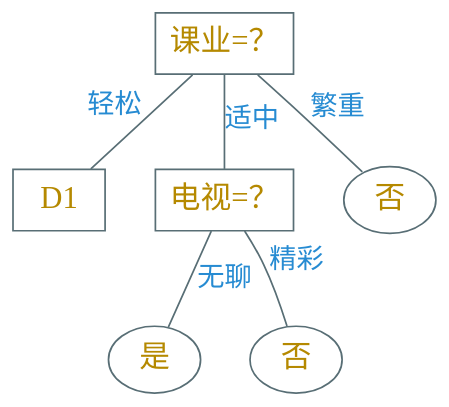
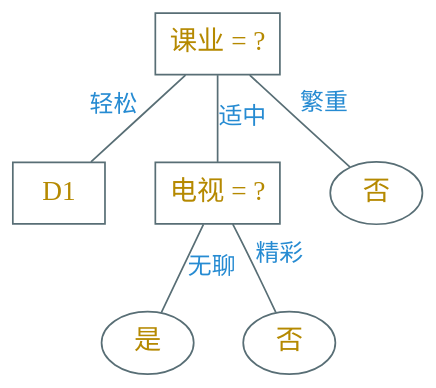
Before and after one commit to Avanti1980/course-ml: the diagram in dot/dt-divide-d1.dot, drawn with Graphviz. The commit also changed 8 other files, not shown here.

```diff
--- a/dot/dt-divide-d1.dot
+++ b/dot/dt-divide-d1.dot
@@ -1,18 +1,18 @@
 digraph g {
     bgcolor=transparent
     graph [nodesep=0.4, ranksep=0.5]
-    node [shape=box, color="#586e75", fontcolor="#b58900", fontsize=18, fontname="Ysabeau, LXGWSong"]
-    edge [arrowhead=none, color="#586e75", fontcolor="#268bd2", fontsize=16, fontname="Ysabeau, LXGWSong"]
+    node [shape=box, color="#586e75", fontcolor="#b58900", fontsize=16, fontname="Ysabeau, LXGWSong"]
+    edge [arrowhead=none, color="#586e75", fontcolor="#268bd2", fontsize=14, fontname="Ysabeau, LXGWSong"]
 
-    "课业=？" -> "D1" [xlabel="轻松"]
-    "课业=？" -> "电视=？" [label="适中"]
+    "课业 = ?" -> "D1" [xlabel="轻松"]
+    "课业 = ?" -> "电视 = ?" [label="适中"]
 
     node [shape=ellipse]
 
-    "课业=？" -> "否" [headlabel="繁重", labeldistance=4]
+    "课业 = ?" -> "否" [headlabel="繁重", labeldistance=4]
 
-    "电视=？" -> "是" [label="无聊"]
+    "电视 = ?" -> "是" [label="无聊"]
 
     n2 [label="否"]
-    "电视=？" -> n2 [xlabel="精彩", labeldistance=3]
+    "电视 = ?" -> n2 [xlabel="精彩", labeldistance=3]
 }
```
